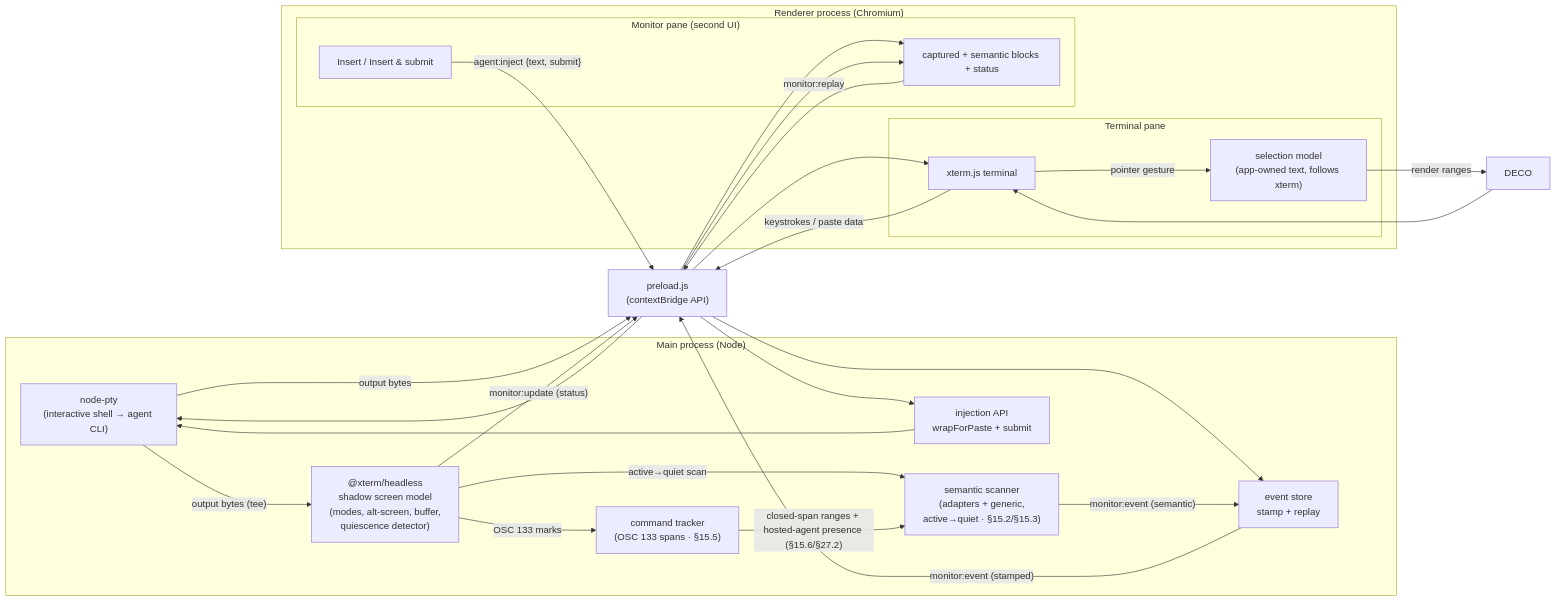
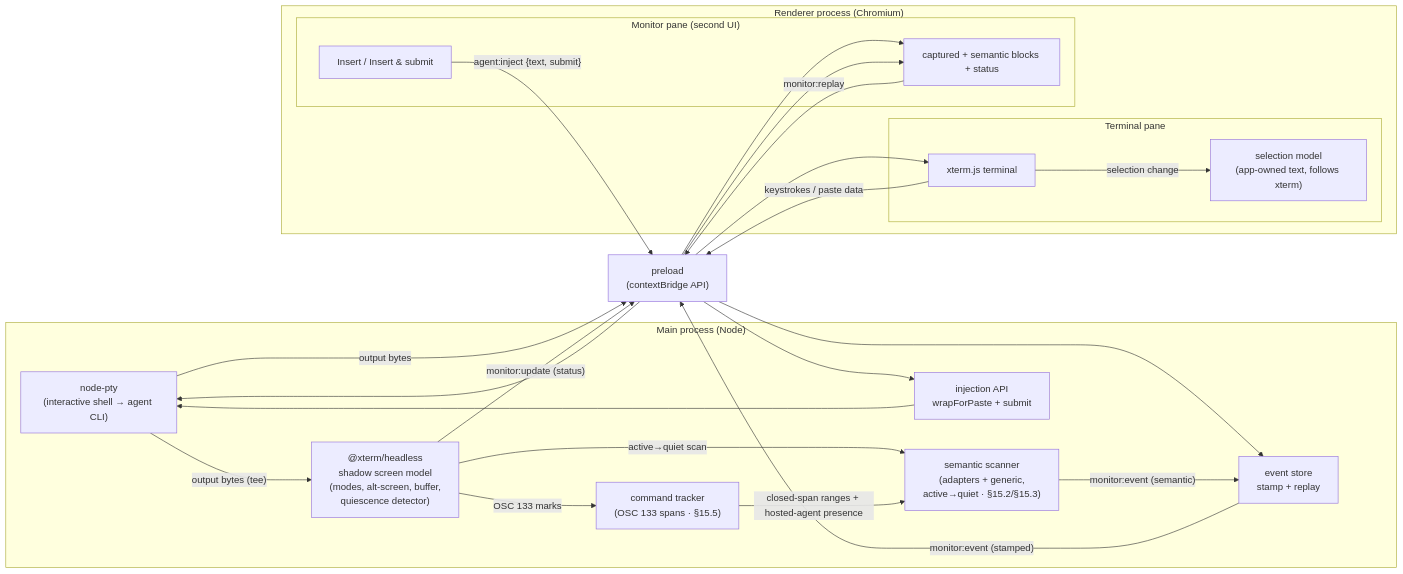
Before and after one commit to dylanb/agent-terminal: the diagram in docs/spec/04-architecture.md, drawn with Mermaid. The commit also changed other lines of this file and 165 other files, not shown here.

````diff
--- a/docs/spec/04-architecture.md
+++ b/docs/spec/04-architecture.md
@@ -5,36 +5,35 @@
 ```mermaid
 flowchart LR
     subgraph Main["Main process (Node)"]
         PTY["node-pty<br/>(interactive shell → agent CLI)"]
         SHADOW["@xterm/headless<br/>shadow screen model<br/>(modes, alt-screen, buffer,<br/>quiescence detector)"]
         SCAN["semantic scanner<br/>(adapters + generic,<br/>active→quiet · §15.2/§15.3)"]
         CMD["command tracker<br/>(OSC 133 spans · §15.5)"]
         STORE["event store<br/>stamp + replay"]
         INJ["injection API<br/>wrapForPaste + submit"]
     end
     subgraph Renderer["Renderer process (Chromium)"]
         subgraph TermPane["Terminal pane"]
             XT["xterm.js terminal"]
             SELMODEL["selection model<br/>(app-owned text, follows xterm)"]
         end
         subgraph MonPane["Monitor pane (second UI)"]
             LIST["captured + semantic blocks + status"]
             ACT["Insert / Insert & submit"]
         end
     end
-    Preload["preload.js<br/>(contextBridge API)"]
+    Preload["preload<br/>(contextBridge API)"]
 
     PTY -- "output bytes (tee)" --> SHADOW
     PTY -- "output bytes" --> Preload --> XT
     XT -- "keystrokes / paste data" --> Preload --> PTY
-    XT -- "pointer gesture" --> SELMODEL
-    SELMODEL -- "render ranges" --> DECO --> XT
+    XT -- "selection change" --> SELMODEL
     STORE -- "monitor:event (stamped)" --> Preload --> LIST
     LIST -- "monitor:replay" --> Preload --> STORE
     SHADOW -- "monitor:update (status)" --> Preload --> LIST
     SHADOW -- "active→quiet scan" --> SCAN
     SCAN -- "monitor:event (semantic)" --> STORE
     SHADOW -- "OSC 133 marks" --> CMD
-    CMD -- "closed-span ranges + hosted-agent presence (§15.6/§27.2)" --> SCAN
+    CMD -- "closed-span ranges + hosted-agent presence" --> SCAN
     ACT -- "agent:inject {text, submit}" --> Preload --> INJ --> PTY
 ```
````
